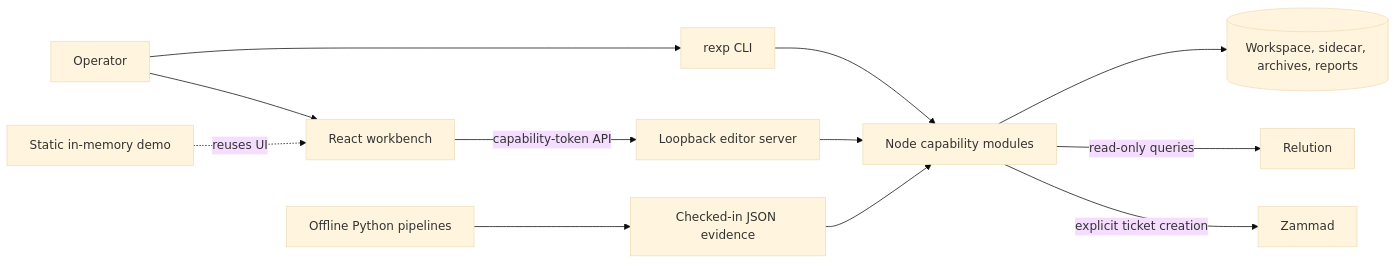
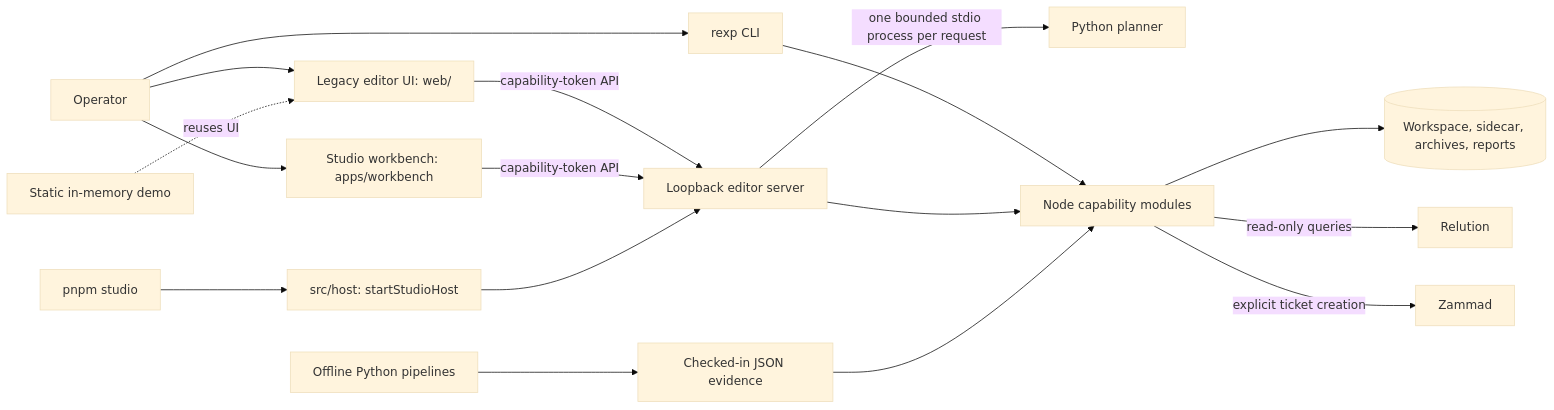
One commit to sebastianspicker/relution-policy-studio changed the first of 2 diagrams in apps/policy-engine/docs/architecture.md. Above: the diagram before and after it, drawn with Mermaid (base theme). The commit also changed other lines of this file and 418 other files, not shown here.

First line of the commit message:
Reconstruct the monorepo as one unified studio

````diff
--- a/apps/policy-engine/docs/architecture.md
+++ b/apps/policy-engine/docs/architecture.md
@@ -15,14 +15,19 @@
 ```mermaid
 flowchart LR
   operator[Operator] --> cli[rexp CLI]
-  operator --> browser[React workbench]
+  operator --> browser[Legacy editor UI: web/]
+  operator --> studio[Studio workbench: apps/workbench]
   browser -->|capability-token API| editor[Loopback editor server]
+  studio -->|capability-token API| editor
+  launcher[pnpm studio] --> host[src/host: startStudioHost]
+  host --> editor
+  editor -->|one bounded stdio process per request| planner[Python planner]
   cli --> core[Node capability modules]
   editor --> core
   core --> local[(Workspace, sidecar, archives, reports)]
   core -->|read-only queries| relution[Relution]
   core -->|explicit ticket creation| zammad[Zammad]
   python[Offline Python pipelines] --> evidence[Checked-in JSON evidence]
   evidence --> core
   demo[Static in-memory demo] -. reuses UI .-> browser
 ```
````
